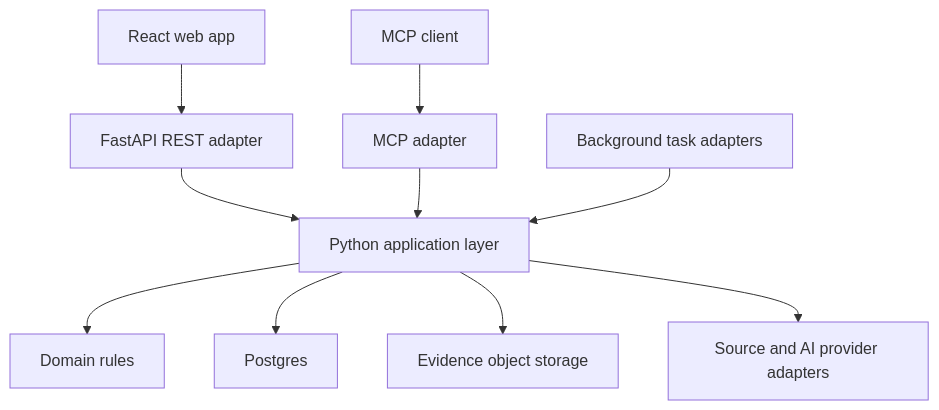
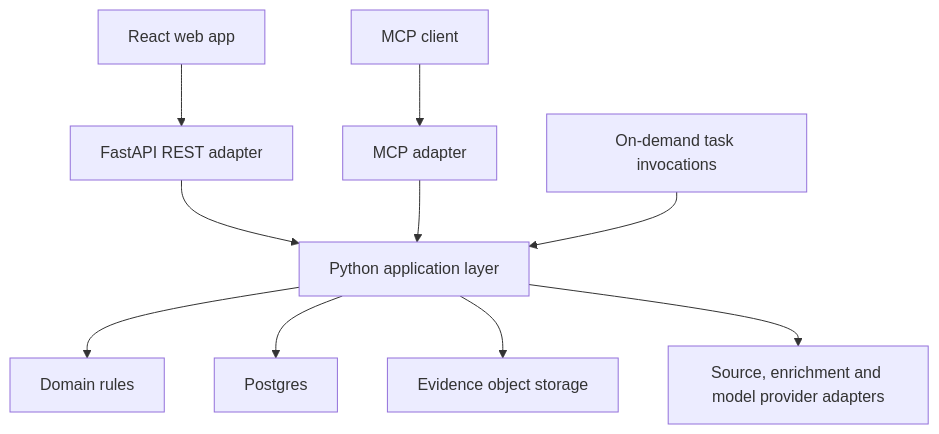
The sixth of 29 diagrams in specs/property-focus/master-plan.md (robsgreen/property-focus), drawn with Mermaid before and after one commit. The commit also changed other lines of this file, not shown here.

````diff
--- a/specs/property-focus/master-plan.md
+++ b/specs/property-focus/master-plan.md
@@ -108,12 +118,12 @@
 ```mermaid
 flowchart TB
     Web[React web app] --> REST[FastAPI REST adapter]
     Agent[MCP client] --> MCP[MCP adapter]
     REST --> App[Python application layer]
     MCP --> App
-    Jobs[Background task adapters] --> App
+    Tasks[On-demand task invocations] --> App
     App --> Domain[Domain rules]
     App --> DB[Postgres]
     App --> Objects[Evidence object storage]
-    App --> Ports[Source and AI provider adapters]
+    App --> Ports[Source, enrichment and model provider adapters]
 ```
````
